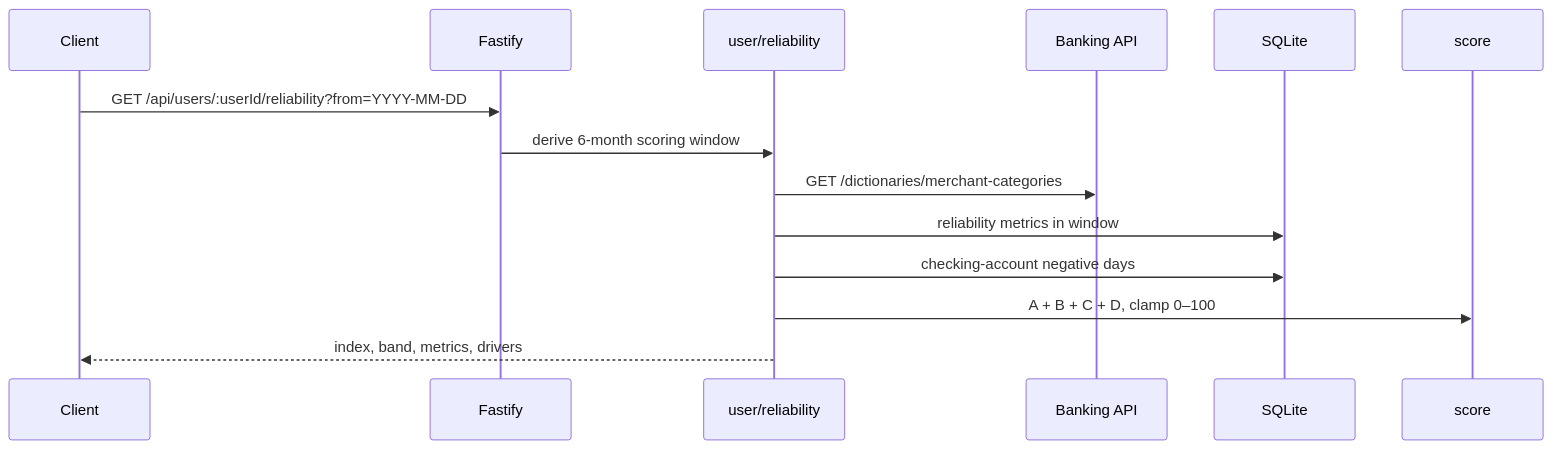
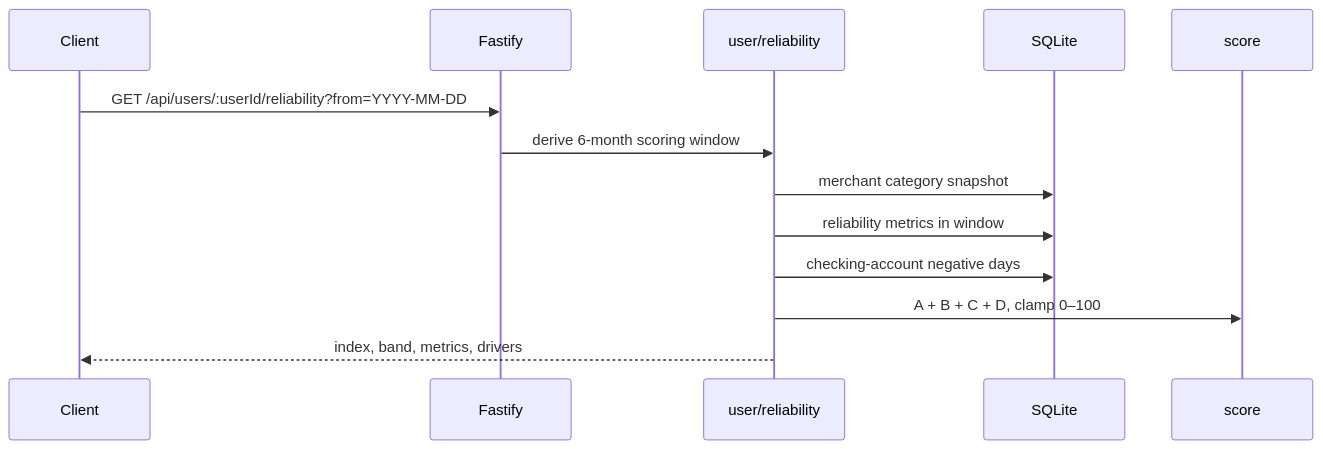
The diagram in docs/diagrams/reliability-sequence.mmd (okharedia/thin-file-credit-builder), drawn with Mermaid before and after one commit. The commit also changed 6 other files, not shown here.

First line of the commit message:
docs: tighten README and align diagrams with local MCC scoring

```diff
--- a/docs/diagrams/reliability-sequence.mmd
+++ b/docs/diagrams/reliability-sequence.mmd
@@ -1,15 +1,14 @@
 sequenceDiagram
   participant Client
   participant API as Fastify
   participant Rel as user/reliability
-  participant Bank as Banking API
   participant DB as SQLite
   participant Score as score
 
   Client->>API: GET /api/users/:userId/reliability?from=YYYY-MM-DD
   API->>Rel: derive 6-month scoring window
-  Rel->>Bank: GET /dictionaries/merchant-categories
+  Rel->>DB: merchant category snapshot
   Rel->>DB: reliability metrics in window
   Rel->>DB: checking-account negative days
   Rel->>Score: A + B + C + D, clamp 0–100
   Rel-->>Client: index, band, metrics, drivers
```
